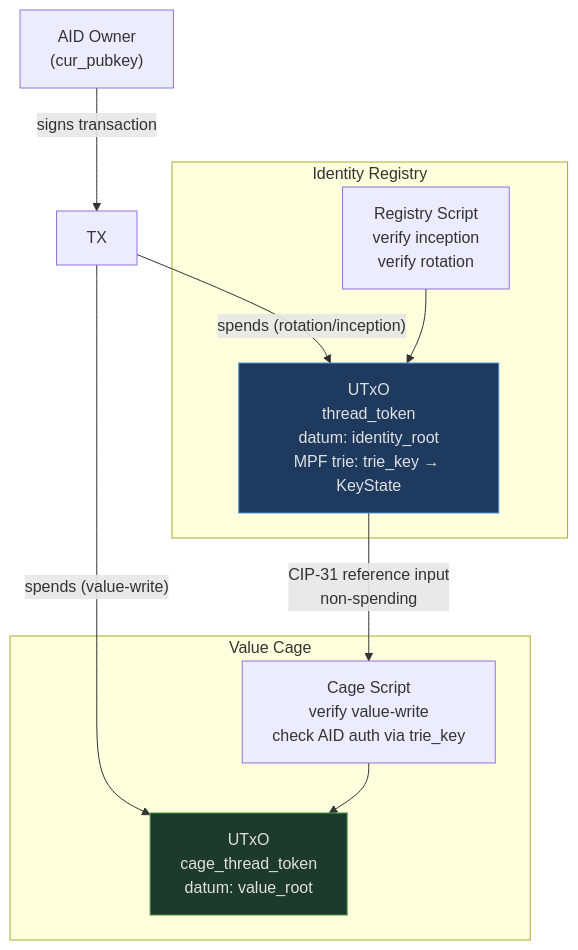
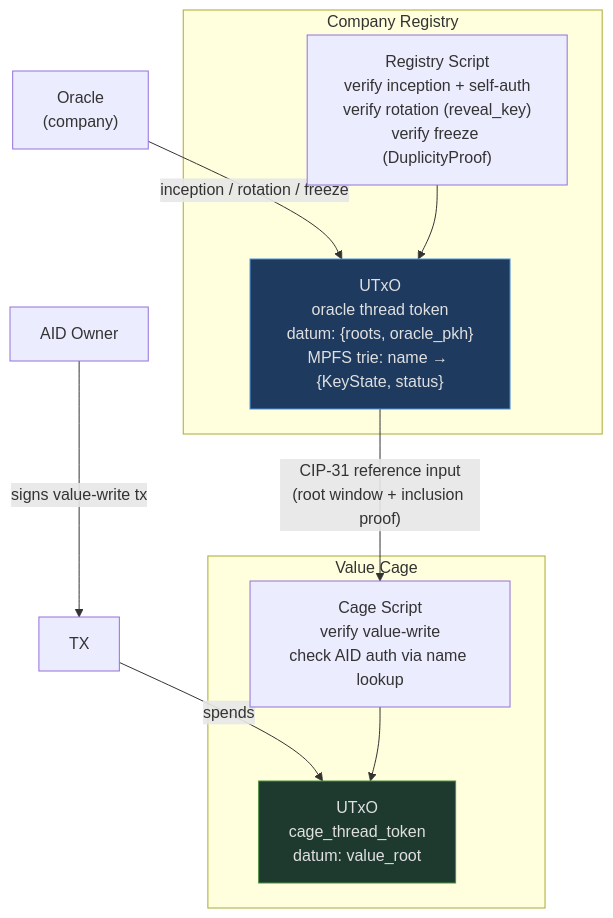
The diagram in docs/architecture/overview.md (lambdasistemi/cardano-keri), drawn with Mermaid before and after one commit. The commit also changed other lines of this file and 3 other files, not shown here.

First line of the commit message:
docs: redesign architecture for oracle-controlled per-company MPFS registry

````diff
--- a/docs/architecture/overview.md
+++ b/docs/architecture/overview.md
@@ -53,23 +89,23 @@
 ```mermaid
 flowchart TD
-    subgraph "Identity Registry"
-        IR_UTxO["UTxO<br/>thread_token<br/>datum: identity_root<br/>MPF trie: trie_key → KeyState"]
-        IR_Script["Registry Script<br/>verify inception<br/>verify rotation"]
+    subgraph "Company Registry"
+        IR_UTxO["UTxO<br/>oracle thread token<br/>datum: {roots, oracle_pkh}<br/>MPFS trie: name → {KeyState, status}"]
+        IR_Script["Registry Script<br/>verify inception + self-auth<br/>verify rotation (reveal_key)<br/>verify freeze (DuplicityProof)"]
     end
 
     subgraph "Value Cage"
         VC_UTxO["UTxO<br/>cage_thread_token<br/>datum: value_root"]
-        VC_Script["Cage Script<br/>verify value-write<br/>check AID auth via trie_key"]
+        VC_Script["Cage Script<br/>verify value-write<br/>check AID auth via name lookup"]
     end
 
-    AID_Owner["AID Owner<br/>(cur_pubkey)"] -->|"signs transaction"| TX
-    TX -->|"spends (rotation/inception)"| IR_UTxO
-    TX -->|"spends (value-write)"| VC_UTxO
-    IR_UTxO -->|"CIP-31 reference input<br/>non-spending"| VC_Script
+    Oracle["Oracle<br/>(company)"] -->|"inception / rotation / freeze"| IR_UTxO
+    AID_Owner["AID Owner"] -->|"signs value-write tx"| TX
+    TX -->|"spends"| VC_UTxO
+    IR_UTxO -->|"CIP-31 reference input<br/>(root window + inclusion proof)"| VC_Script
 
     IR_Script --> IR_UTxO
     VC_Script --> VC_UTxO
 
     style IR_UTxO fill:#1e3a5f,stroke:#4a90d9,color:#e0e0e0
     style VC_UTxO fill:#1e3a2f,stroke:#4a9040,color:#e0e0e0
 ```
````
